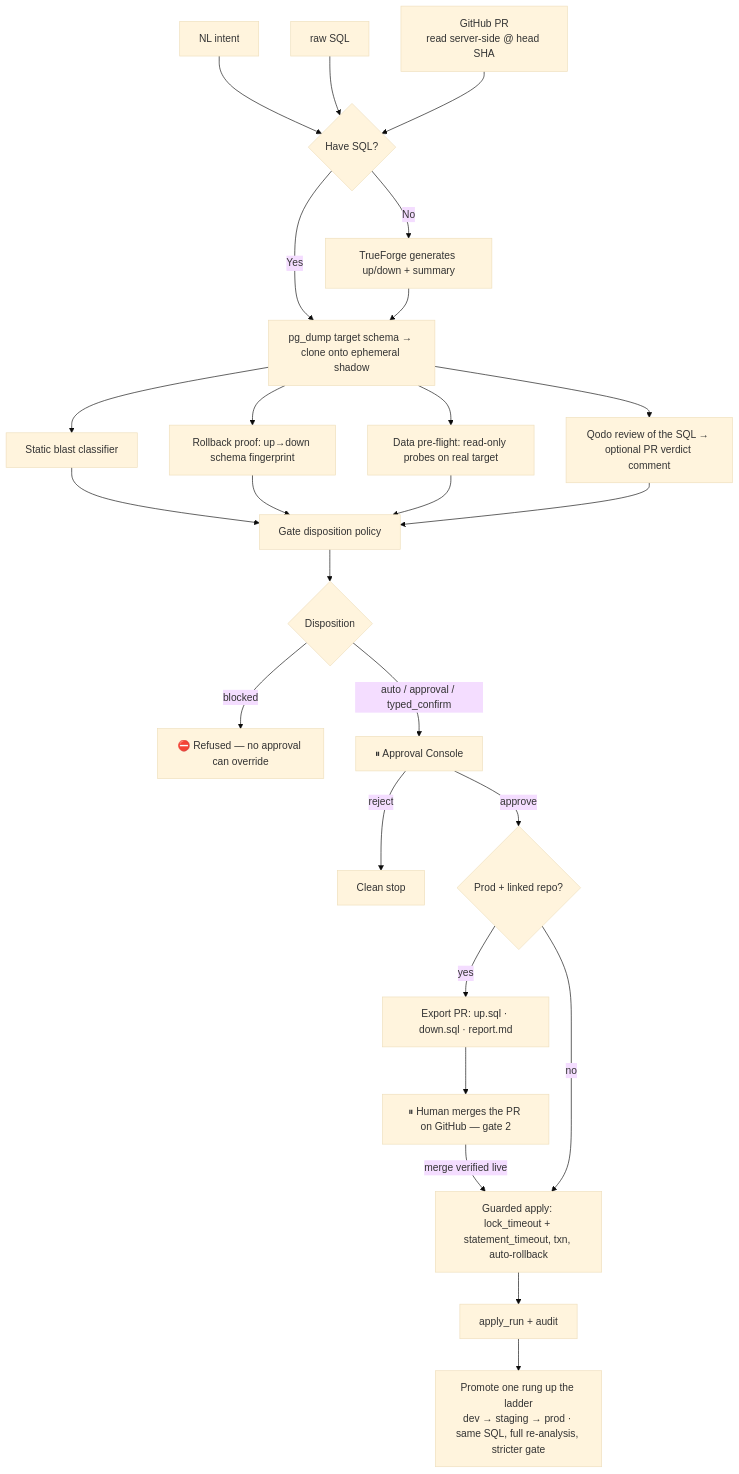
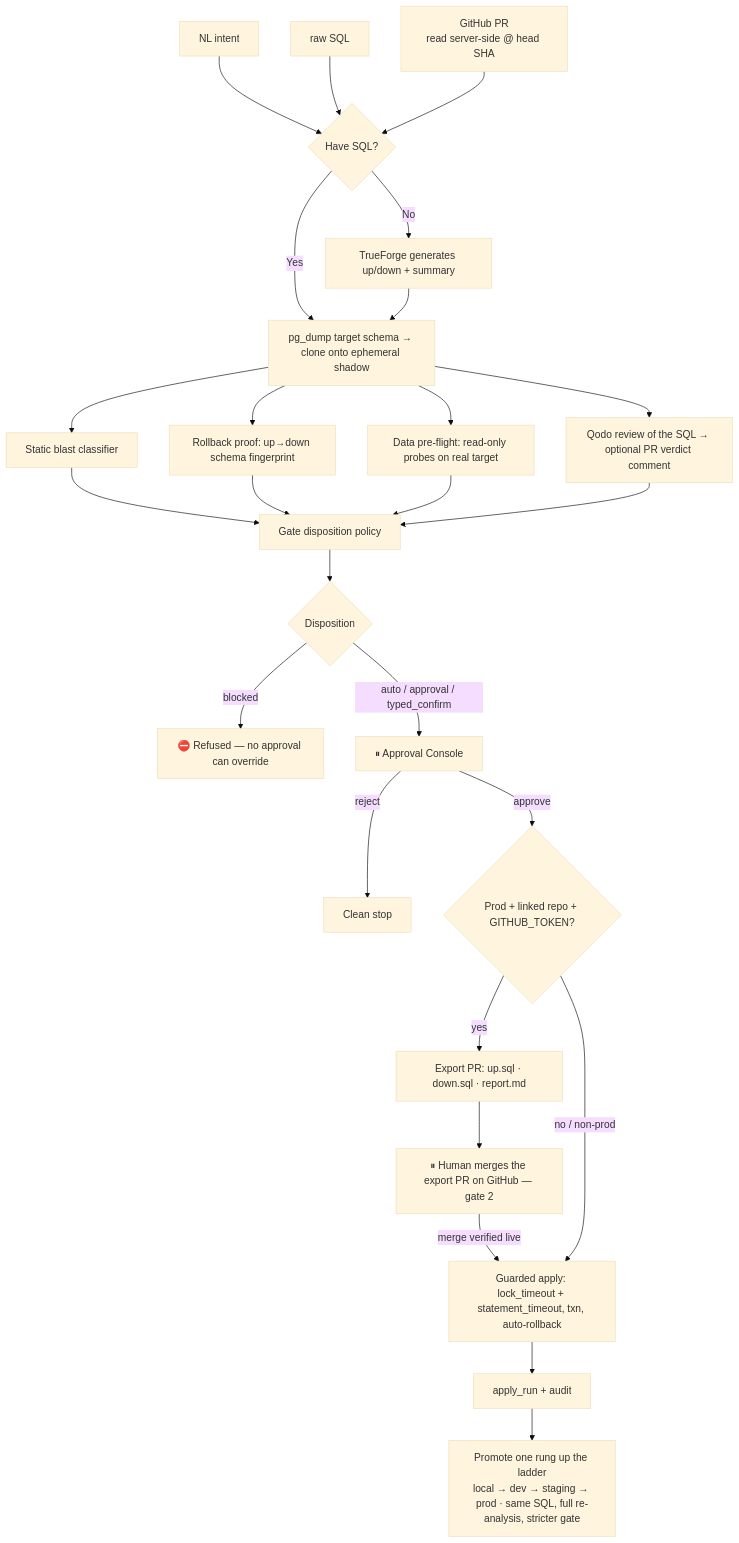
The first of 3 diagrams in README.md (SamChawla/migration-sentinel), drawn with Mermaid (base theme) before and after one commit. The commit also changed other lines of this file and 1 other file, not shown here.

First line of the commit message:
docs: resolve Qodo review — export gate is conditional; local rung; honest verdict

````diff
--- a/README.md
+++ b/README.md
@@ -79,26 +79,26 @@
 ```mermaid
 flowchart TD
     I1[NL intent] --> B
     I2[raw SQL] --> B
     I3[GitHub PR<br/>read server-side @ head SHA] --> B
     B{Have SQL?}
     B -- No --> G[TrueForge generates up/down + summary]
     B -- Yes --> C
     G --> C[pg_dump target schema → clone onto ephemeral shadow]
     C --> D[Static blast classifier]
     C --> E[Rollback proof: up→down schema fingerprint]
     C --> F[Data pre-flight: read-only probes on real target]
     C --> Q[Qodo review of the SQL → optional PR verdict comment]
     D & E & F & Q --> P[Gate disposition policy]
     P --> DIS{Disposition}
     DIS -- blocked --> X[⛔ Refused — no approval can override]
     DIS -- auto / approval / typed_confirm --> GATE[⏸ Approval Console]
     GATE -- reject --> STOP[Clean stop]
-    GATE -- approve --> PROD{Prod + linked repo?}
-    PROD -- yes --> EXP[Export PR: up.sql · down.sql · report.md]
-    EXP --> MERGE[⏸ Human merges the PR on GitHub — gate 2]
+    GATE -- approve --> PROD{Prod + linked repo + GITHUB_TOKEN?}
+    PROD -->|yes| EXP[Export PR: up.sql · down.sql · report.md]
+    EXP --> MERGE[⏸ Human merges the export PR on GitHub — gate 2]
     MERGE -- merge verified live --> APPLY
-    PROD -- no --> APPLY[Guarded apply: lock_timeout + statement_timeout, txn, auto-rollback]
+    PROD -->|no / non-prod| APPLY[Guarded apply: lock_timeout + statement_timeout, txn, auto-rollback]
     APPLY --> AUD[apply_run + audit]
-    AUD --> PROM[Promote one rung up the ladder<br/>dev → staging → prod · same SQL, full re-analysis, stricter gate]
+    AUD --> PROM[Promote one rung up the ladder<br/>local → dev → staging → prod · same SQL, full re-analysis, stricter gate]
 ```
````
